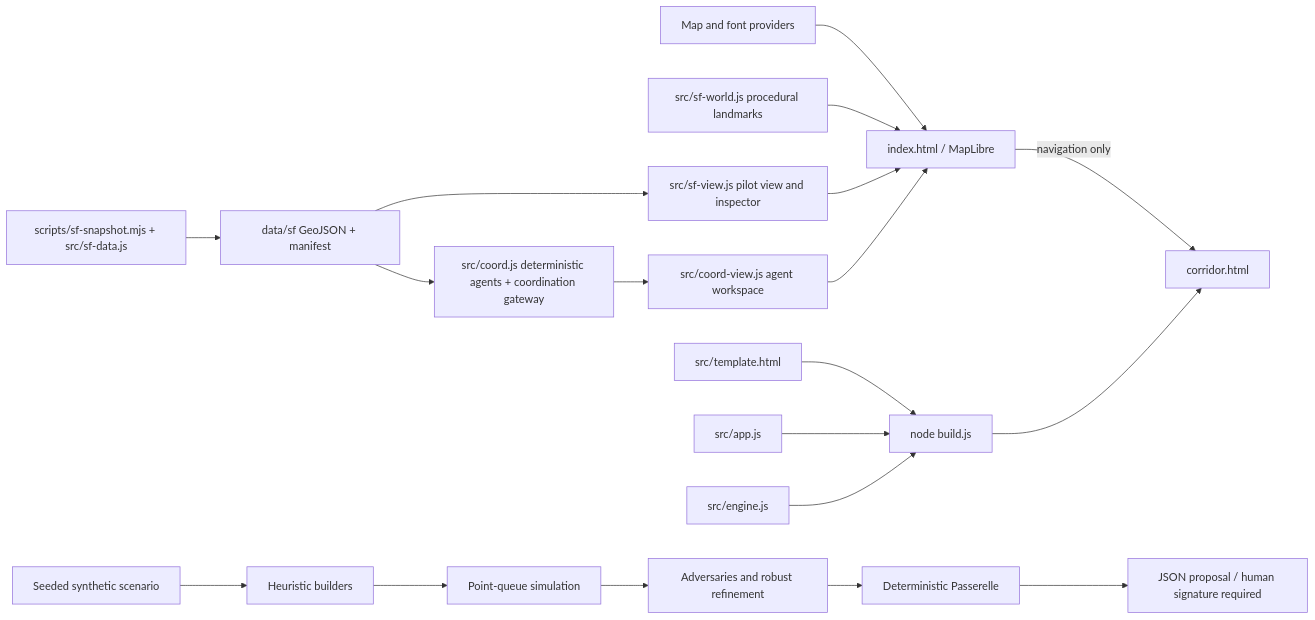
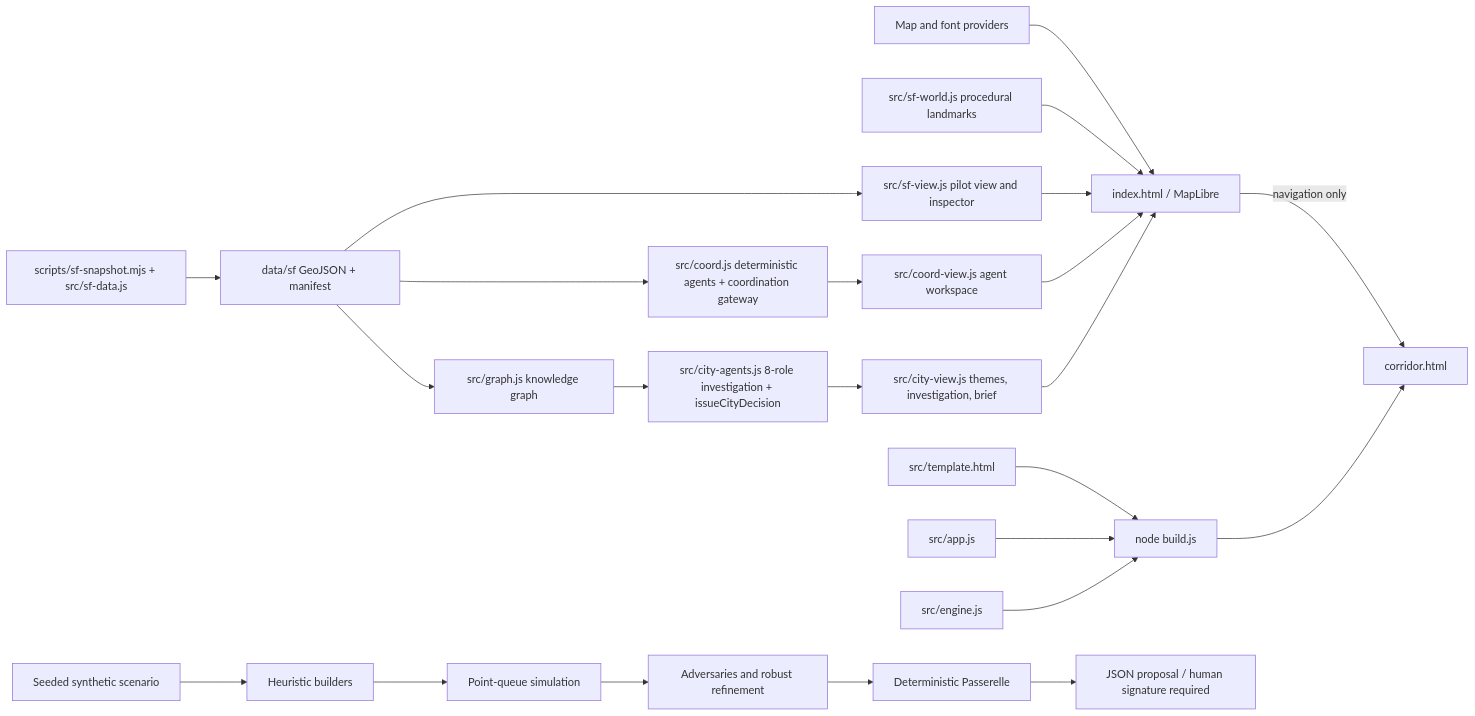
Before and after one commit to vincentleg/core: the diagram in docs/ARCHITECTURE.md, drawn with Mermaid. The commit also changed other lines of this file and 33 other files, not shown here.

````diff
--- a/docs/ARCHITECTURE.md
+++ b/docs/ARCHITECTURE.md
@@ -7,21 +7,25 @@
 ```mermaid
 flowchart LR
   Providers[Map and font providers] --> Globe[index.html / MapLibre]
   World[src/sf-world.js procedural landmarks] --> Globe
   Snapshot[scripts/sf-snapshot.mjs + src/sf-data.js] --> Data[data/sf GeoJSON + manifest]
   Data --> View[src/sf-view.js pilot view and inspector]
   View --> Globe
   Data --> Coord[src/coord.js deterministic agents + coordination gateway]
   Coord --> Workspace[src/coord-view.js agent workspace]
   Workspace --> Globe
+  Data --> CityGraph[src/graph.js knowledge graph]
+  CityGraph --> CityAgents[src/city-agents.js 8-role investigation + issueCityDecision]
+  CityAgents --> CityView[src/city-view.js themes, investigation, brief]
+  CityView --> Globe
   Globe -->|navigation only| Corridor[corridor.html]
   Template[src/template.html] --> Build[node build.js]
   App[src/app.js] --> Build
   Engine[src/engine.js] --> Build
   Build --> Corridor
   Scenario[Seeded synthetic scenario] --> Builders[Heuristic builders]
   Builders --> Simulator[Point-queue simulation]
   Simulator --> Stress[Adversaries and robust refinement]
   Stress --> Gateway[Deterministic Passerelle]
   Gateway --> Proposal[JSON proposal / human signature required]
 ```
````
